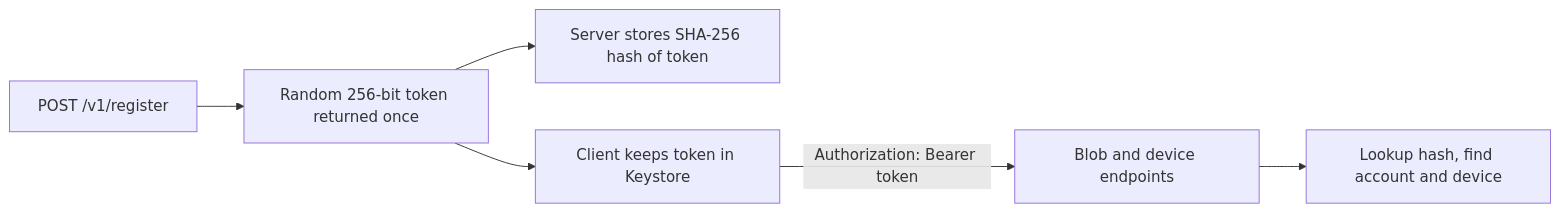
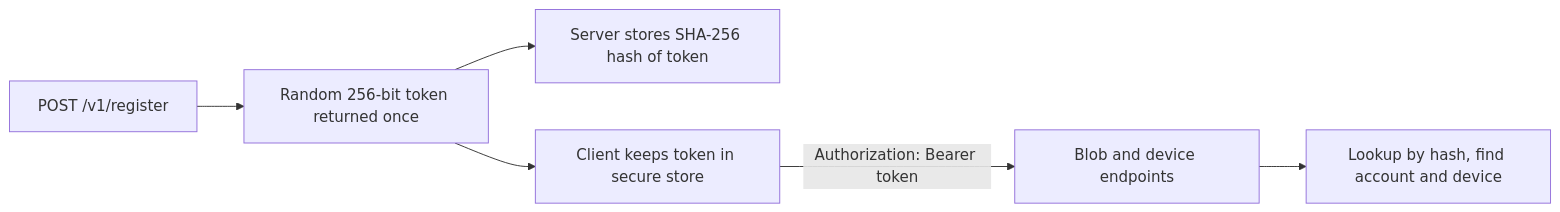
The first of 2 diagrams in docs/backend.md (Aditya-Jyoti/bacchat), drawn with Mermaid before and after one commit. The commit also changed other lines of this file and 52 other files, not shown here.

````diff
--- a/docs/backend.md
+++ b/docs/backend.md
@@ -34,8 +50,8 @@
 ```mermaid
 flowchart LR
     R[POST /v1/register] --> T[Random 256-bit token returned once]
     T --> H[Server stores SHA-256 hash of token]
-    T --> C[Client keeps token in Keystore]
+    T --> C[Client keeps token in secure store]
     C -->|Authorization: Bearer token| API[Blob and device endpoints]
-    API --> L[Lookup hash, find account and device]
+    API --> L[Lookup by hash, find account and device]
 ```
````
